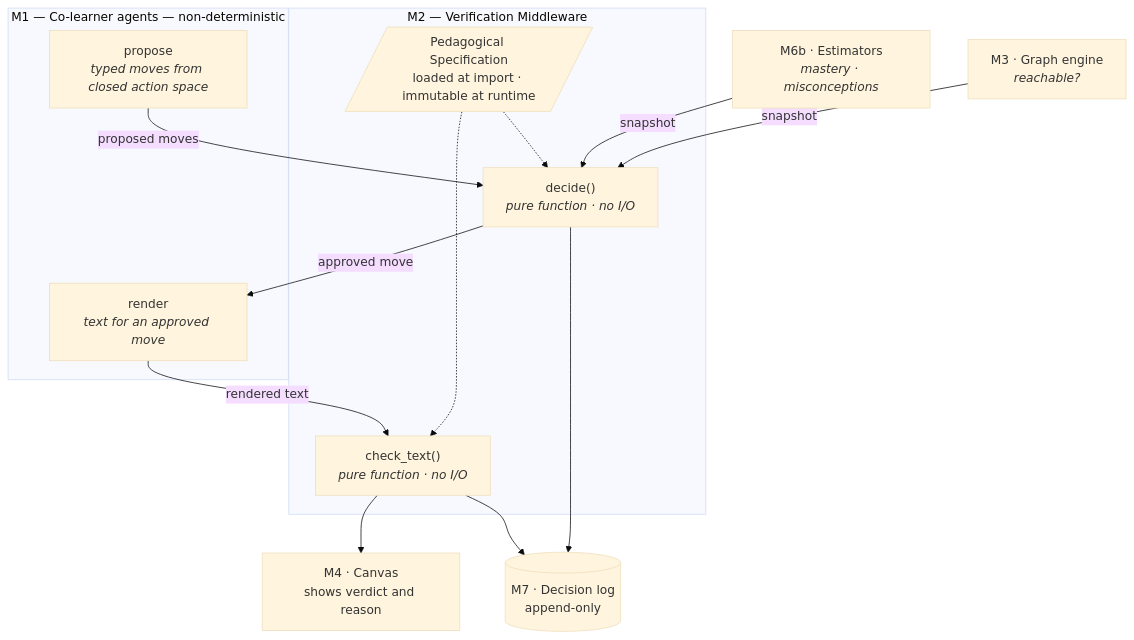
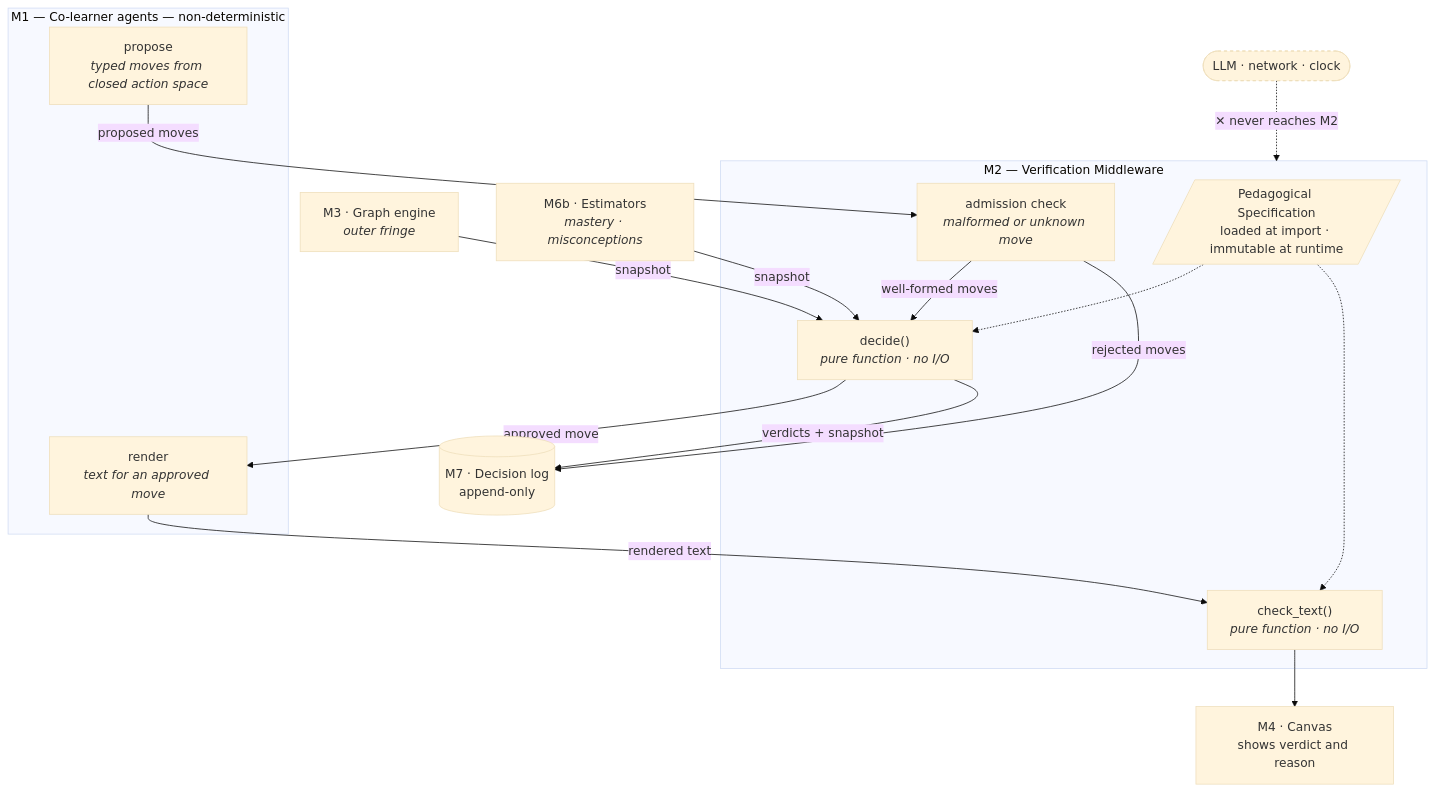
One commit to Bill2926/COS40005_HN9_Verifiable_Co-Learner_Agent changed the diagram in system_research/M2-Verification-Middleware.md. Above: the diagram before and after it, drawn with Mermaid (base theme). The commit also changed other lines of this file and 8 other files, not shown here.

````diff
--- a/system_research/M2-Verification-Middleware.md
+++ b/system_research/M2-Verification-Middleware.md
@@ -37,33 +37,37 @@
 ```mermaid
 flowchart TB
     subgraph M1["M1 — Co-learner agents — non-deterministic"]
         PROP["propose<br/><i>typed moves from closed action space</i>"]
         REND["render<br/><i>text for an approved move</i>"]
     end
 
     subgraph M2["M2 — Verification Middleware"]
         SPEC[/"Pedagogical Specification<br/>loaded at import · immutable at runtime"/]
+        ADM["admission check<br/><i>malformed or unknown move</i>"]
         DEC["decide()<br/><i>pure function · no I/O</i>"]
         CHK["check_text()<br/><i>pure function · no I/O</i>"]
     end
 
-    M3["M3 · Graph engine<br/><i>reachable?</i>"]
+    M3["M3 · Graph engine<br/><i>outer fringe</i>"]
     M6B["M6b · Estimators<br/><i>mastery · misconceptions</i>"]
     M7[("M7 · Decision log<br/>append-only")]
     M4["M4 · Canvas<br/>shows verdict and reason"]
 
-    PROP -->|"proposed moves"| DEC
+    PROP -->|"proposed moves"| ADM
+    ADM -->|"well-formed moves"| DEC
     M3 -->|"snapshot"| DEC
     M6B -->|"snapshot"| DEC
     SPEC -.-> DEC
     SPEC -.-> CHK
 
     DEC -->|"approved move"| REND
     REND -->|"rendered text"| CHK
     CHK --> M4
-    DEC --> M7
-    CHK --> M7
+    ADM -->|"rejected moves"| M7
+    DEC -->|"verdicts + snapshot"| M7
+
+    LLM(["LLM · network · clock"]) -.->|"✕ never reaches M2"| M2
 
     classDef blocked stroke-dasharray: 4 4
     class LLM blocked
 ```
````
